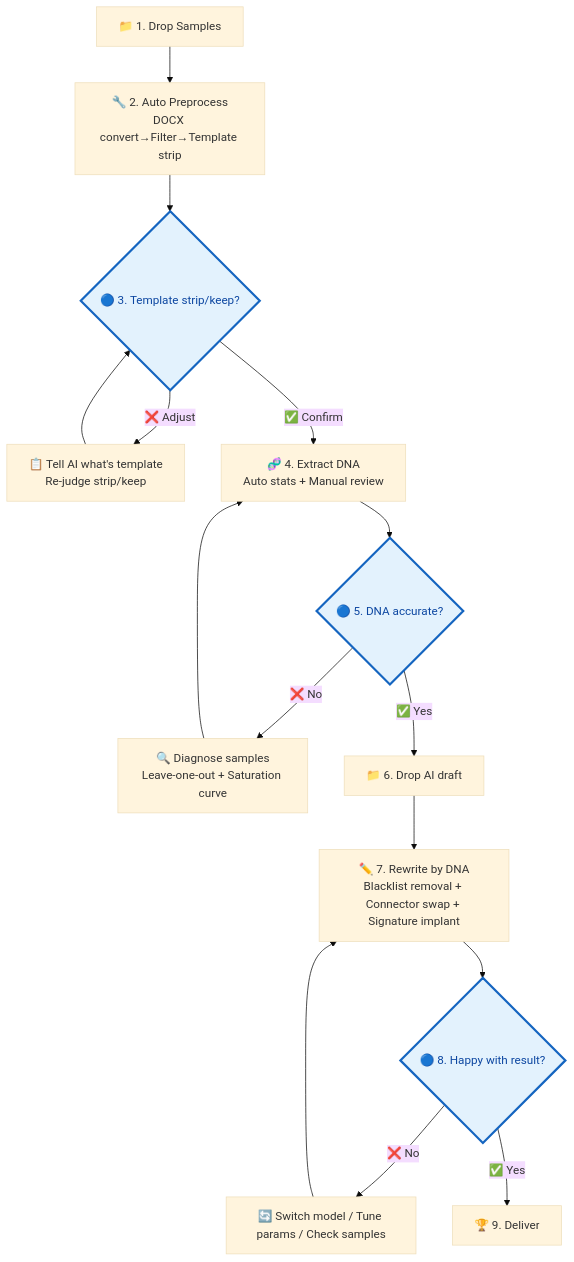
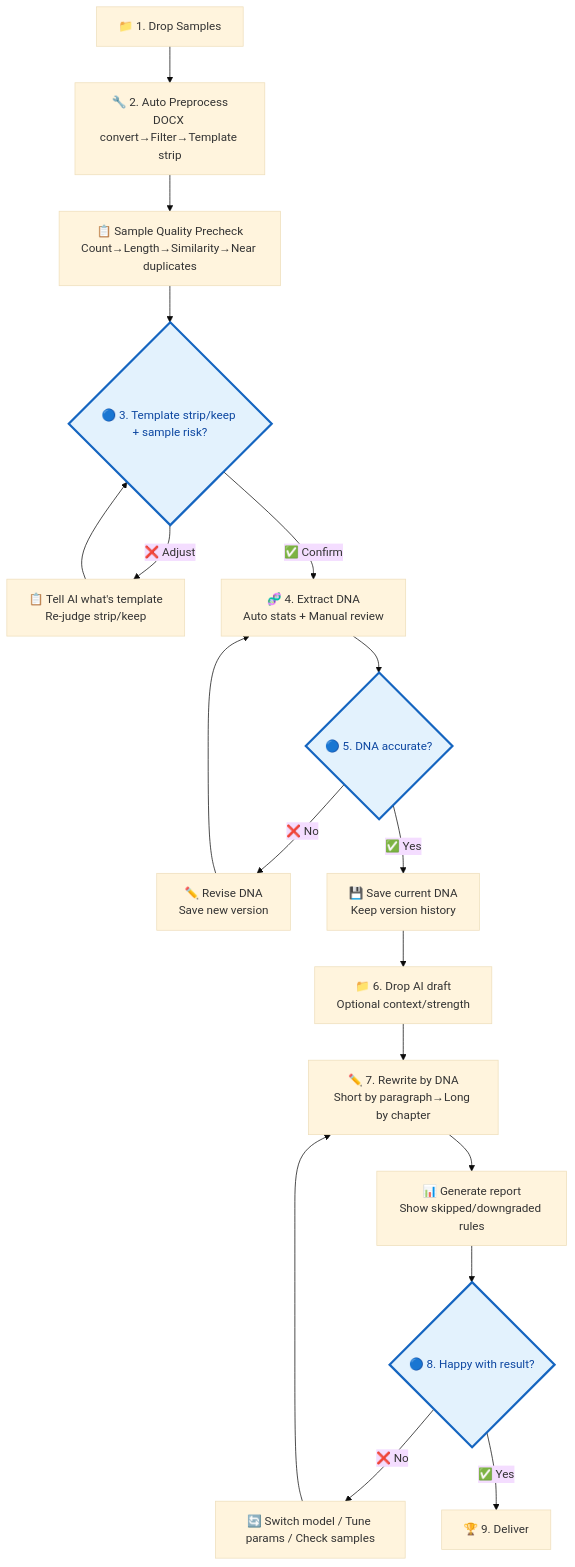
One commit to dvdxfv/skill-writing-dna changed the diagram in README_EN.md. Above: the diagram before and after it, drawn with Mermaid (base theme). The commit also changed other lines of this file and 3 other files, not shown here.

````diff
--- a/README_EN.md
+++ b/README_EN.md
@@ -74,21 +95,24 @@
 ```mermaid
 flowchart TD
     A["📁 1. Drop Samples"] --> B["🔧 2. Auto Preprocess<br/>DOCX convert→Filter→Template strip"]
-    B --> C{"🔵 3. Template strip/keep?"}
+    B --> B2["📋 Sample Quality Precheck<br/>Count→Length→Similarity→Near duplicates"]
+    B2 --> C{"🔵 3. Template strip/keep + sample risk?"}
     C -->|❌ Adjust| B1["📋 Tell AI what's template<br/>Re-judge strip/keep"]
     B1 --> C
     C -->|✅ Confirm| D["🧬 4. Extract DNA<br/>Auto stats + Manual review"]
     D --> E{"🔵 5. DNA accurate?"}
-    E -->|❌ No| E1["🔍 Diagnose samples<br/>Leave-one-out + Saturation curve"]
+    E -->|❌ No| E1["✏️ Revise DNA<br/>Save new version"]
     E1 --> D
-    E -->|✅ Yes| F["📁 6. Drop AI draft"]
-    F --> G["✏️ 7. Rewrite by DNA<br/>Blacklist removal + Connector swap + Signature implant"]
-    G --> H{"🔵 8. Happy with result?"}
+    E -->|✅ Yes| E2["💾 Save current DNA<br/>Keep version history"]
+    E2 --> F["📁 6. Drop AI draft<br/>Optional context/strength"]
+    F --> G["✏️ 7. Rewrite by DNA<br/>Short by paragraph→Long by chapter"]
+    G --> G2["📊 Generate report<br/>Show skipped/downgraded rules"]
+    G2 --> H{"🔵 8. Happy with result?"}
     H -->|❌ No| I["🔄 Switch model / Tune params / Check samples"]
     I --> G
     H -->|✅ Yes| J["🏆 9. Deliver"]
 
     style C fill:#e3f2fd,stroke:#1565c0,stroke-width:3px,color:#0d47a1
     style E fill:#e3f2fd,stroke:#1565c0,stroke-width:3px,color:#0d47a1
     style H fill:#e3f2fd,stroke:#1565c0,stroke-width:3px,color:#0d47a1
 ```
````
